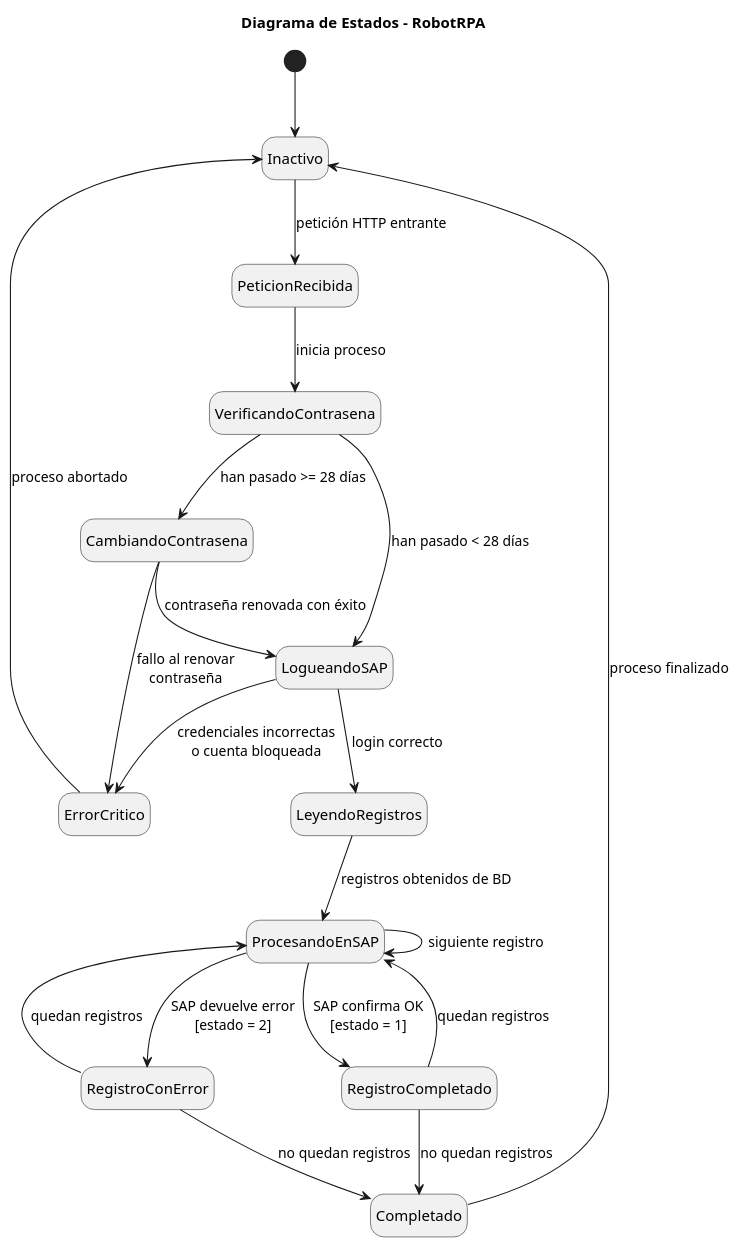
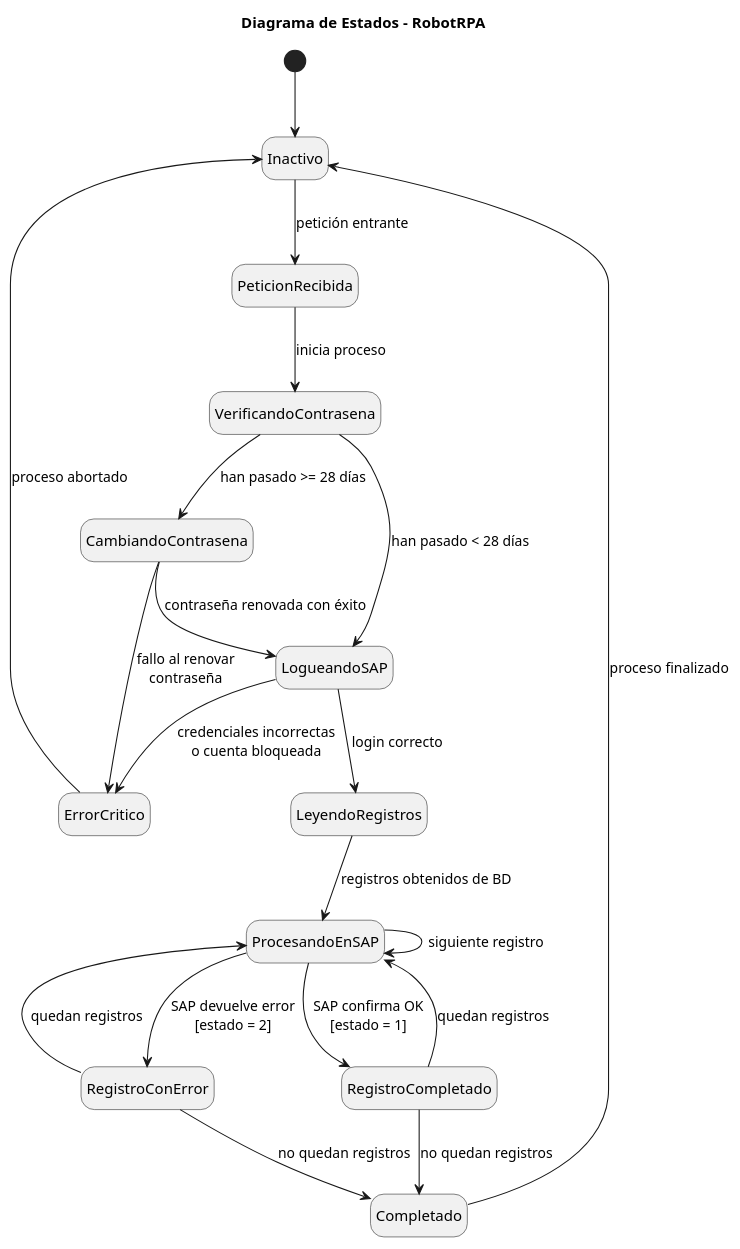
One commit to Dievex/TFG_25-26 changed the diagram in docs/03_diagramas/puml/estados_robotV2.puml. Above: the diagram before and after it, drawn with PlantUML. The commit also changed 30 other files, not shown here.

Commit message:
diagramas actualizados

```diff
--- a/docs/03_diagramas/puml/estados_robotV2.puml
+++ b/docs/03_diagramas/puml/estados_robotV2.puml
@@ -1,37 +1,37 @@
 @startuml
 
 title Diagrama de Estados - RobotRPA
 
 hide empty description
 
 [*] --> Inactivo
 
-Inactivo --> PeticionRecibida : petición HTTP entrante
+Inactivo --> PeticionRecibida : petición entrante
 
 PeticionRecibida --> VerificandoContrasena : inicia proceso
 
 VerificandoContrasena --> CambiandoContrasena : han pasado >= 28 días
 VerificandoContrasena --> LogueandoSAP : han pasado < 28 días
 
 CambiandoContrasena --> LogueandoSAP : contraseña renovada con éxito
 CambiandoContrasena --> ErrorCritico : fallo al renovar\ncontraseña
 
 LogueandoSAP --> LeyendoRegistros : login correcto
 LogueandoSAP --> ErrorCritico : credenciales incorrectas\no cuenta bloqueada
 
 LeyendoRegistros --> ProcesandoEnSAP : registros obtenidos de BD
 
 ProcesandoEnSAP --> ProcesandoEnSAP : siguiente registro
 ProcesandoEnSAP --> RegistroCompletado : SAP confirma OK\n[estado = 1]
 ProcesandoEnSAP --> RegistroConError : SAP devuelve error\n[estado = 2]
 
 RegistroCompletado --> ProcesandoEnSAP : quedan registros
 RegistroCompletado --> Completado : no quedan registros
 
 RegistroConError --> ProcesandoEnSAP : quedan registros
 RegistroConError --> Completado : no quedan registros
 
 Completado --> Inactivo : proceso finalizado
 ErrorCritico --> Inactivo : proceso abortado
 
 @enduml
```
